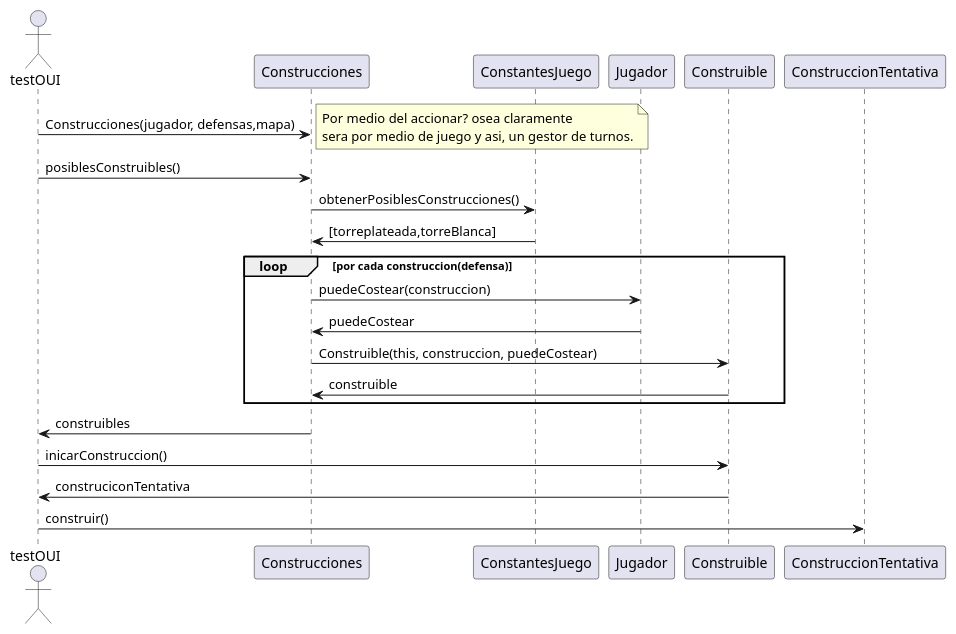
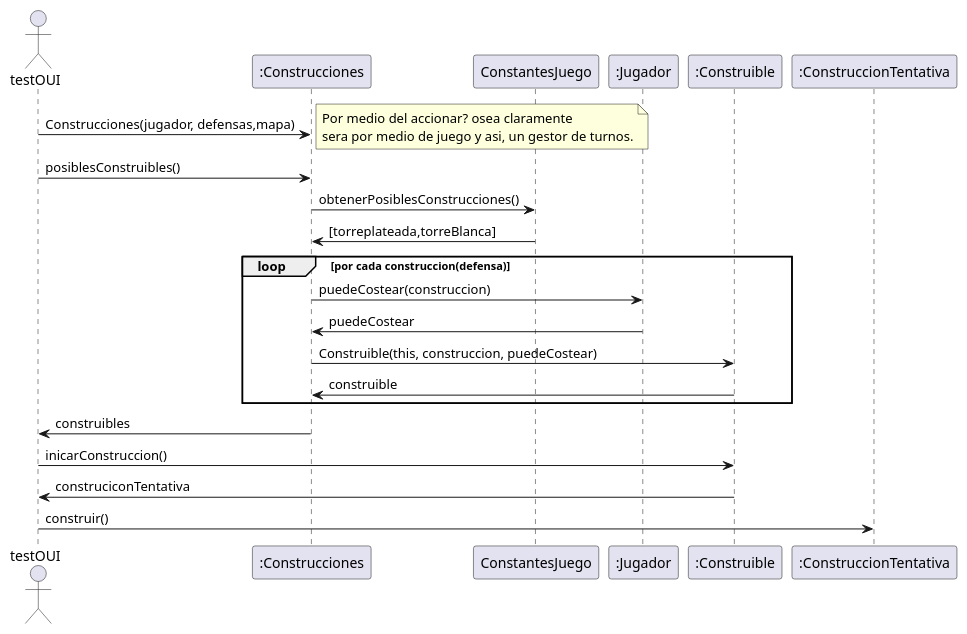
The diagram in diagrams/sequences/prototipoMarcelo/construcciones/construcciones.puml (MarceloAgustinOrigoniGuillaume/Algo3_TP2_1C2023), drawn with PlantUML before and after one commit. The commit also changed 6 other files, not shown here.

First line of the commit message:
haciendo mejor los diagramas

```diff
--- a/diagrams/sequences/prototipoMarcelo/construcciones/construcciones.puml
+++ b/diagrams/sequences/prototipoMarcelo/construcciones/construcciones.puml
@@ -1,39 +1,43 @@
 @startuml
 
 
 Actor testOUI as user
-
-user -> Construcciones: Construcciones(jugador, defensas,mapa)
+participant ":Construcciones" as builder
+participant "ConstantesJuego" as provider
+participant ":Jugador" as Jugador
+participant ":Construible" as Construible
+participant ":ConstruccionTentativa" as placing
+user -> builder: Construcciones(jugador, defensas,mapa)
 
 note right
 Por medio del accionar? osea claramente 
 sera por medio de juego y asi, un gestor de turnos.
 end note
 
 
-user -> Construcciones : posiblesConstruibles()
+user -> builder : posiblesConstruibles()
 
-Construcciones->ConstantesJuego: obtenerPosiblesConstrucciones()
-ConstantesJuego-> Construcciones: [torreplateada,torreBlanca]
+builder->provider: obtenerPosiblesConstrucciones()
+provider-> builder: [torreplateada,torreBlanca]
 loop por cada construccion(defensa)
 
-Construcciones -> Jugador : puedeCostear(construccion)
-Jugador-> Construcciones: puedeCostear
-Construcciones -> Construible: Construible(this, construccion, puedeCostear)
-Construible->Construcciones : construible
+builder -> Jugador : puedeCostear(construccion)
+Jugador-> builder: puedeCostear
+builder -> Construible: Construible(this, construccion, puedeCostear)
+Construible->builder : construible
 end
-Construcciones -> user: construibles
+builder -> user: construibles
 
 
 
 user-> Construible : inicarConstruccion()
 Construible-> user: construciconTentativa
 
 
-user -> ConstruccionTentativa: construir()
+user -> placing: construir()
 
 
 
 
 
 @enduml
```
